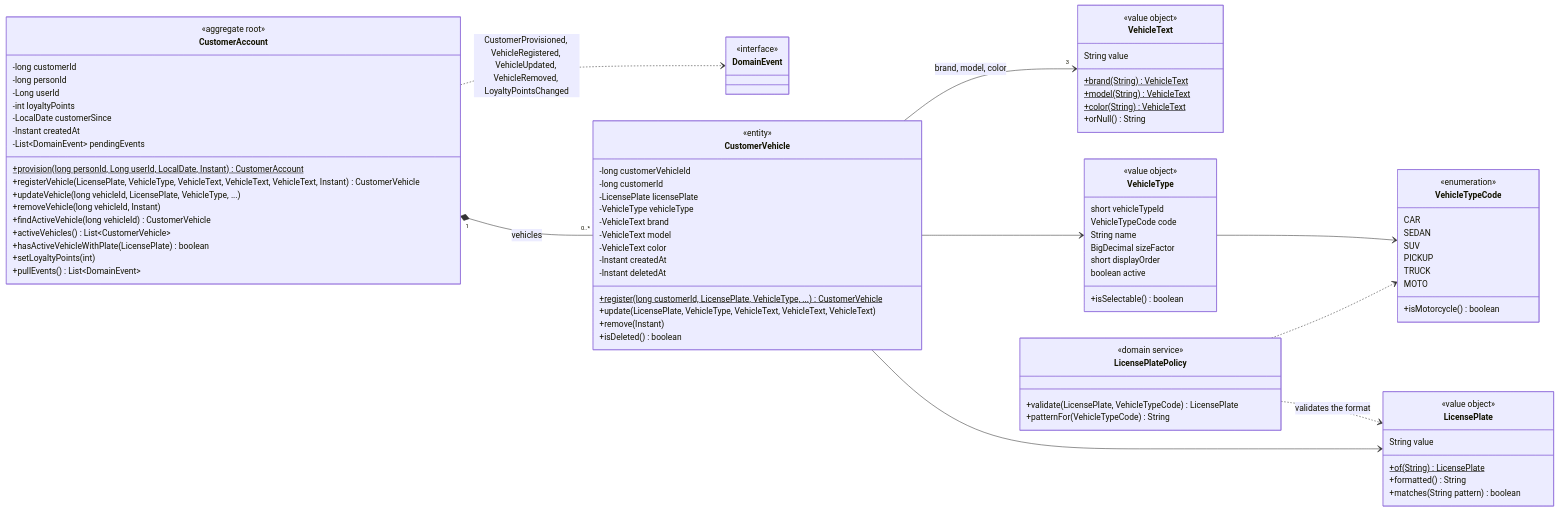
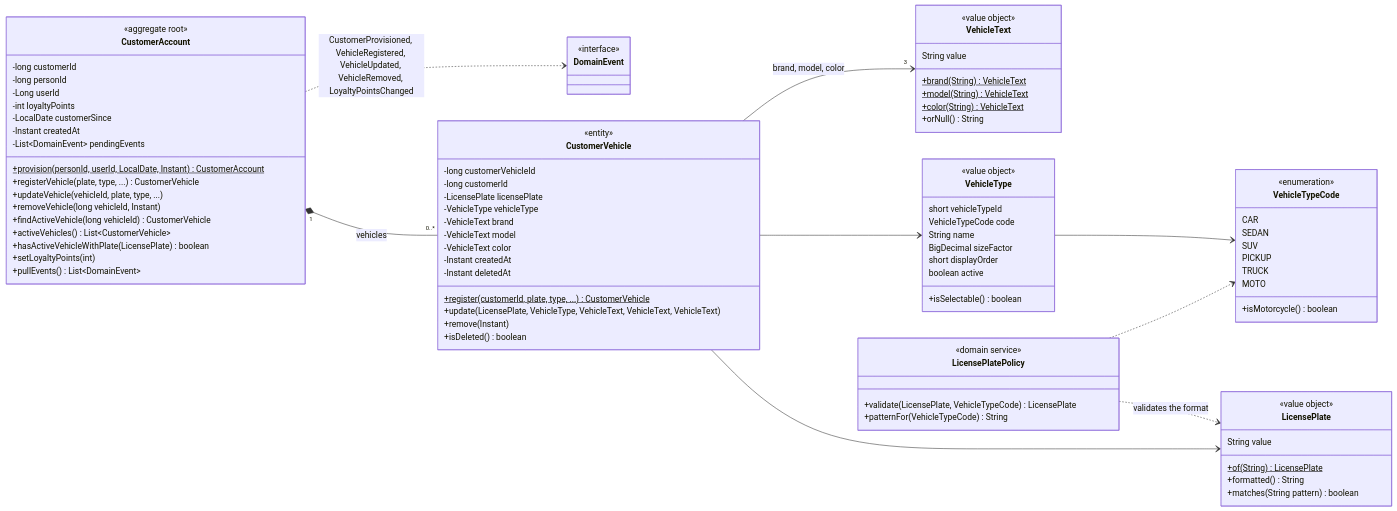
The diagram in 08-uml/diagrams/source/class-customer.md (code-sena/vehicle-w-docs), drawn with Mermaid before and after one commit. The commit also changed 1 other file, not shown here.

Commit message:
docs(uml): shorten long method signatures that overlapped in the class diagrams

```diff
--- a/08-uml/diagrams/source/class-customer.md
+++ b/08-uml/diagrams/source/class-customer.md
@@ -15,9 +15,9 @@
         -LocalDate customerSince
         -Instant createdAt
         -List~DomainEvent~ pendingEvents
-        +provision(long personId, Long userId, LocalDate, Instant)$ CustomerAccount
-        +registerVehicle(LicensePlate, VehicleType, VehicleText, VehicleText, VehicleText, Instant) CustomerVehicle
-        +updateVehicle(long vehicleId, LicensePlate, VehicleType, ...)
+        +provision(personId, userId, LocalDate, Instant)$ CustomerAccount
+        +registerVehicle(plate, type, ...) CustomerVehicle
+        +updateVehicle(vehicleId, plate, type, ...)
         +removeVehicle(long vehicleId, Instant)
         +findActiveVehicle(long vehicleId) CustomerVehicle
         +activeVehicles() List~CustomerVehicle~
@@ -36,7 +36,7 @@
         -VehicleText color
         -Instant createdAt
         -Instant deletedAt
-        +register(long customerId, LicensePlate, VehicleType, ...)$ CustomerVehicle
+        +register(customerId, plate, type, ...)$ CustomerVehicle
         +update(LicensePlate, VehicleType, VehicleText, VehicleText, VehicleText)
         +remove(Instant)
         +isDeleted() boolean
```
